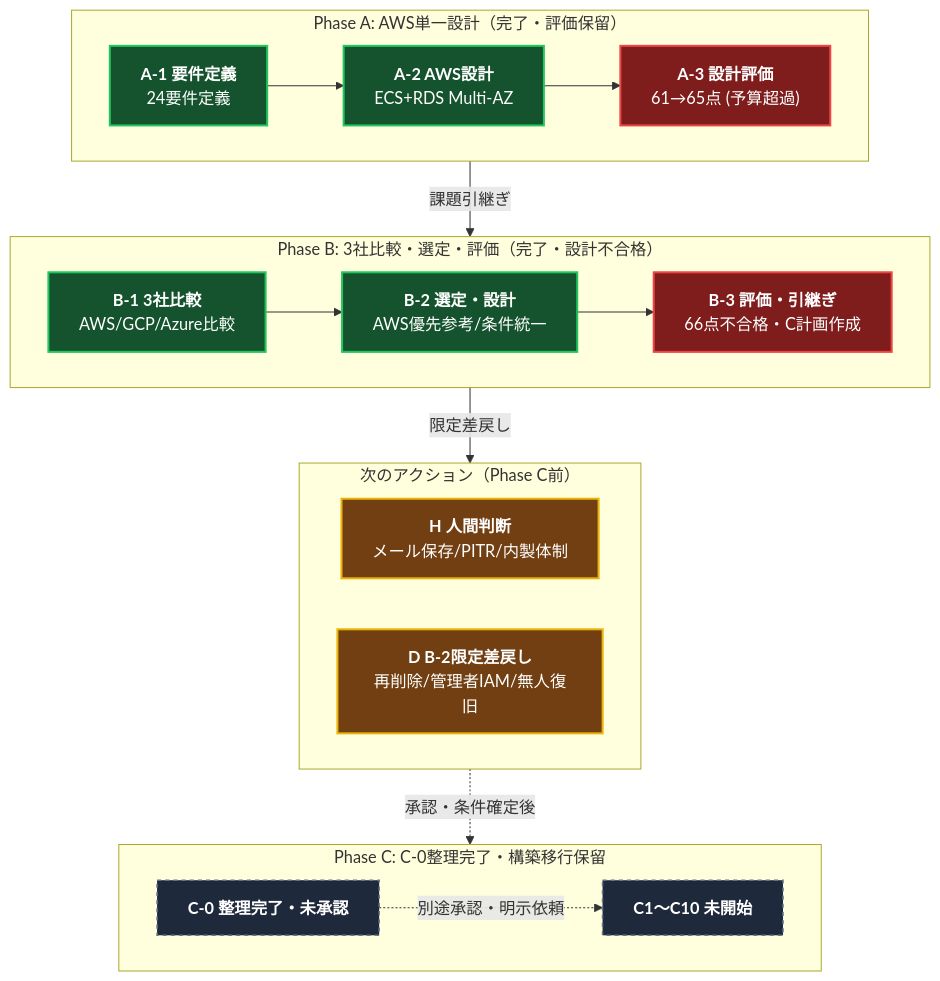
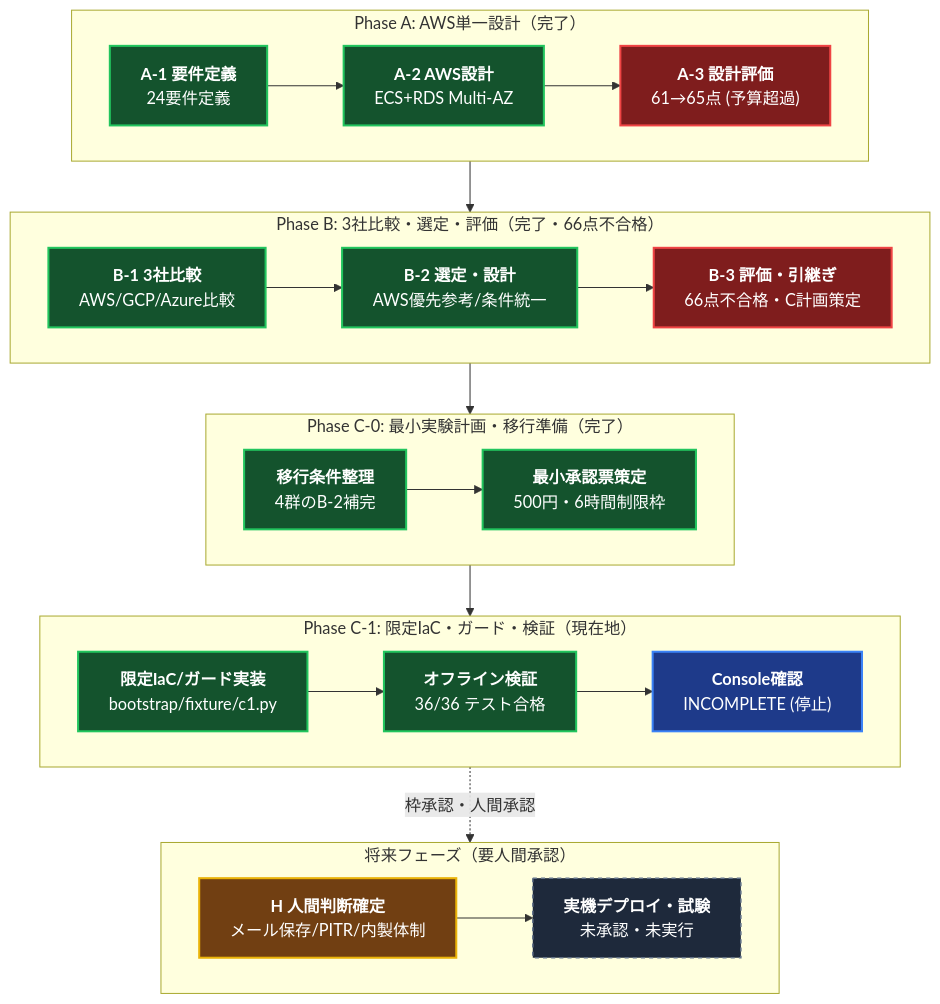
One commit to moruku36/cloud-validation-level3-astra-light changed the second of 4 diagrams in README.md. Above: the diagram before and after it, drawn with Mermaid. The commit also changed other lines of this file, not shown here.

Commit message:
docs: add Phase C quickstart, update architecture flow, and complete document map

````diff
--- a/README.md
+++ b/README.md
@@ -58,36 +60,43 @@
 ```mermaid
 flowchart TB
-  subgraph PhaseA ["Phase A: AWS単一設計（完了・評価保留）"]
+  subgraph PhaseA ["Phase A: AWS単一設計（完了）"]
     direction LR
     A1["<b>A-1 要件定義</b><br/>24要件定義"] --> A2["<b>A-2 AWS設計</b><br/>ECS+RDS Multi-AZ"] --> A3["<b>A-3 設計評価</b><br/>61→65点 (予算超過)"]
   end
 
-  subgraph PhaseB ["Phase B: 3社比較・選定・評価（完了・設計不合格）"]
+  subgraph PhaseB ["Phase B: 3社比較・選定・評価（完了・66点不合格）"]
     direction LR
-    B1["<b>B-1 3社比較</b><br/>AWS/GCP/Azure比較"] --> B2["<b>B-2 選定・設計</b><br/>AWS優先参考/条件統一"] --> B3["<b>B-3 評価・引継ぎ</b><br/>66点不合格・C計画作成"]
+    B1["<b>B-1 3社比較</b><br/>AWS/GCP/Azure比較"] --> B2["<b>B-2 選定・設計</b><br/>AWS優先参考/条件統一"] --> B3["<b>B-3 評価・引継ぎ</b><br/>66点不合格・C計画策定"]
   end
 
-  subgraph NextActions ["次のアクション（Phase C前）"]
+  subgraph PhaseC0 ["Phase C-0: 最小実験計画・移行準備（完了）"]
     direction LR
-    H["<b>H 人間判断</b><br/>メール保存/PITR/内製体制"]
-    D["<b>D B-2限定差戻し</b><br/>再削除/管理者IAM/無人復旧"]
+    C0_1["<b>移行条件整理</b><br/>4群のB-2補完"] --> C0_2["<b>最小承認票策定</b><br/>500円・6時間制限枠"]
   end
 
-  subgraph PhaseC ["Phase C: C-0整理完了・構築移行保留"]
+  subgraph PhaseC1 ["Phase C-1: 限定IaC・ガード・検証（現在地）"]
     direction LR
-    C0["<b>C-0 整理完了・未承認</b>"] -.->|別途承認・明示依頼| C1["<b>C1〜C10 未開始</b>"]
+    C1_1["<b>限定IaC/ガード実装</b><br/>bootstrap/fixture/c1.py"] --> C1_2["<b>オフライン検証</b><br/>36/36 テスト合格"] --> C1_3["<b>Console確認</b><br/>INCOMPLETE (停止)"]
   end
 
-  PhaseA -->|課題引継ぎ| PhaseB
-  PhaseB -->|限定差戻し| NextActions
-  NextActions -.->|承認・条件確定後| PhaseC
+  subgraph FutureSteps ["将来フェーズ（要人間承認）"]
+    direction LR
+    H["<b>H 人間判断確定</b><br/>メール保存/PITR/内製体制"] --> LiveDeploy["<b>実機デプロイ・試験</b><br/>未承認・未実行"]
+  end
+
+  PhaseA --> PhaseB
+  PhaseB --> PhaseC0
+  PhaseC0 --> PhaseC1
+  PhaseC1 -.->|枠承認・人間承認| FutureSteps
 
   classDef done fill:#14532d,stroke:#22c55e,stroke-width:2px,color:#ffffff;
+  classDef current fill:#1e3a8a,stroke:#3b82f6,stroke-width:2px,color:#ffffff;
   classDef failed fill:#7f1d1d,stroke:#ef4444,stroke-width:2px,color:#ffffff;
   classDef pending fill:#713f12,stroke:#eab308,stroke-width:2px,color:#ffffff;
   classDef future fill:#1e293b,stroke:#64748b,stroke-width:1.5px,stroke-dasharray: 4 4,color:#ffffff;
-  class A1,A2,B1,B2 done;
+  class A1,A2,B1,B2,C0_1,C0_2,C1_1,C1_2 done;
   class A3,B3 failed;
-  class H,D pending;
-  class C0,C1 future;
+  class C1_3 current;
+  class H pending;
+  class LiveDeploy future;
 ```
````
